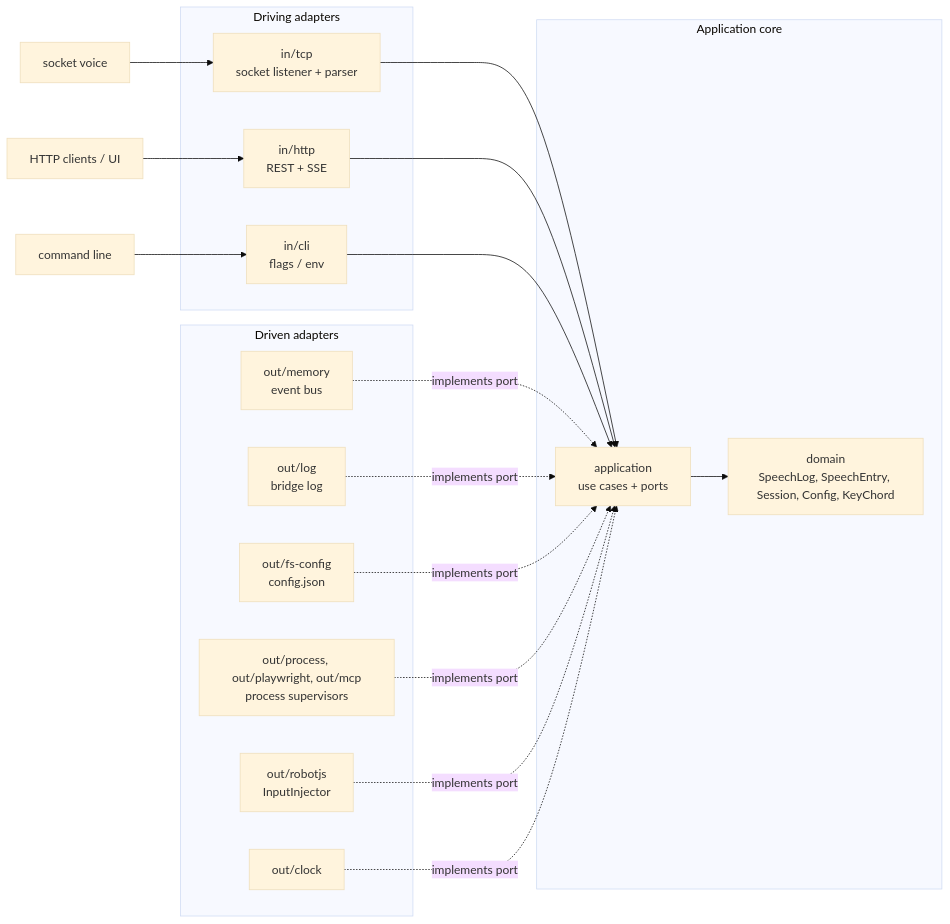
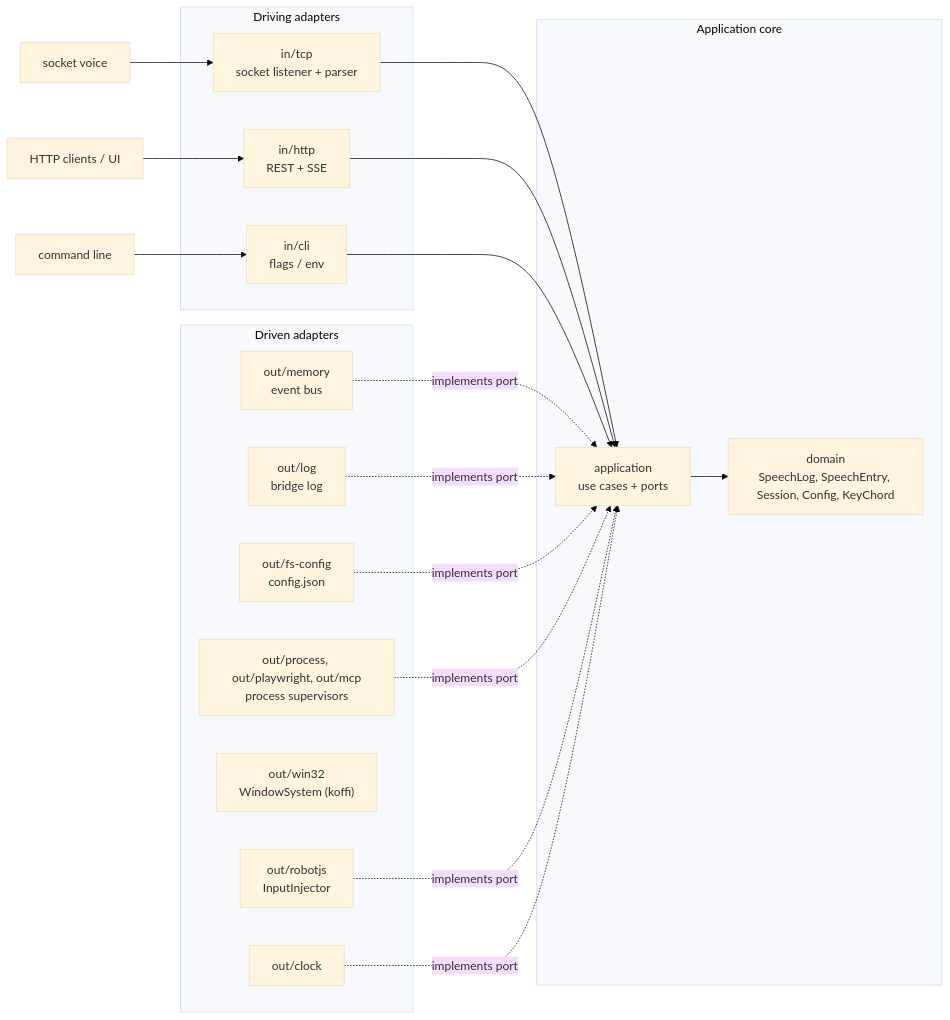
Before and after one commit to TimoSto/screenreader-speech-capture: the diagram in docs/implementation/architecture.md, drawn with Mermaid (base theme). The commit also changed other lines of this file and 62 other files, not shown here.

````diff
--- a/docs/implementation/architecture.md
+++ b/docs/implementation/architecture.md
@@ -27,38 +27,39 @@
 ```mermaid
 flowchart LR
     subgraph IN["Driving adapters"]
         TCP["in/tcp<br/>socket listener + parser"]
         HTTP["in/http<br/>REST + SSE"]
         CLI["in/cli<br/>flags / env"]
     end
 
     subgraph CORE["Application core"]
         APP["application<br/>use cases + ports"]
         DOM["domain<br/>SpeechLog, SpeechEntry, Session, Config, KeyChord"]
         APP --> DOM
     end
 
     subgraph OUT["Driven adapters"]
         MEM["out/memory<br/>event bus"]
         CFG["out/fs-config<br/>config.json"]
         SUP["out/process, out/playwright, out/mcp<br/>process supervisors"]
         ROBOT["out/robotjs<br/>InputInjector"]
+        WIN["out/win32<br/>WindowSystem (koffi)"]
         LOG["out/log<br/>bridge log"]
         CLK["out/clock"]
     end
 
     Voice["socket voice"] --> TCP
     Client["HTTP clients / UI"] --> HTTP
     User["command line"] --> CLI
 
     TCP --> APP
     HTTP --> APP
     CLI --> APP
 
     MEM -. implements port .-> APP
     LOG -. implements port .-> APP
     CFG -. implements port .-> APP
     SUP -. implements port .-> APP
     ROBOT -. implements port .-> APP
     CLK -. implements port .-> APP
 ```
````
